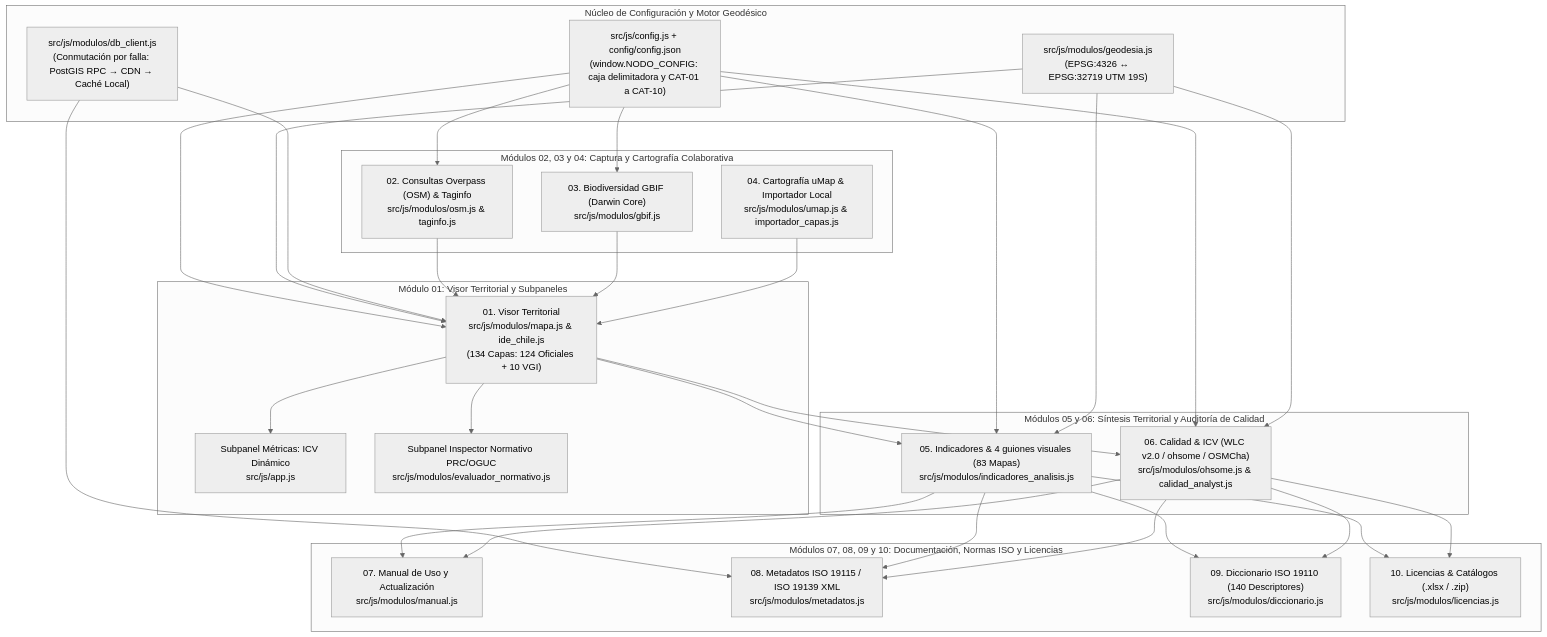
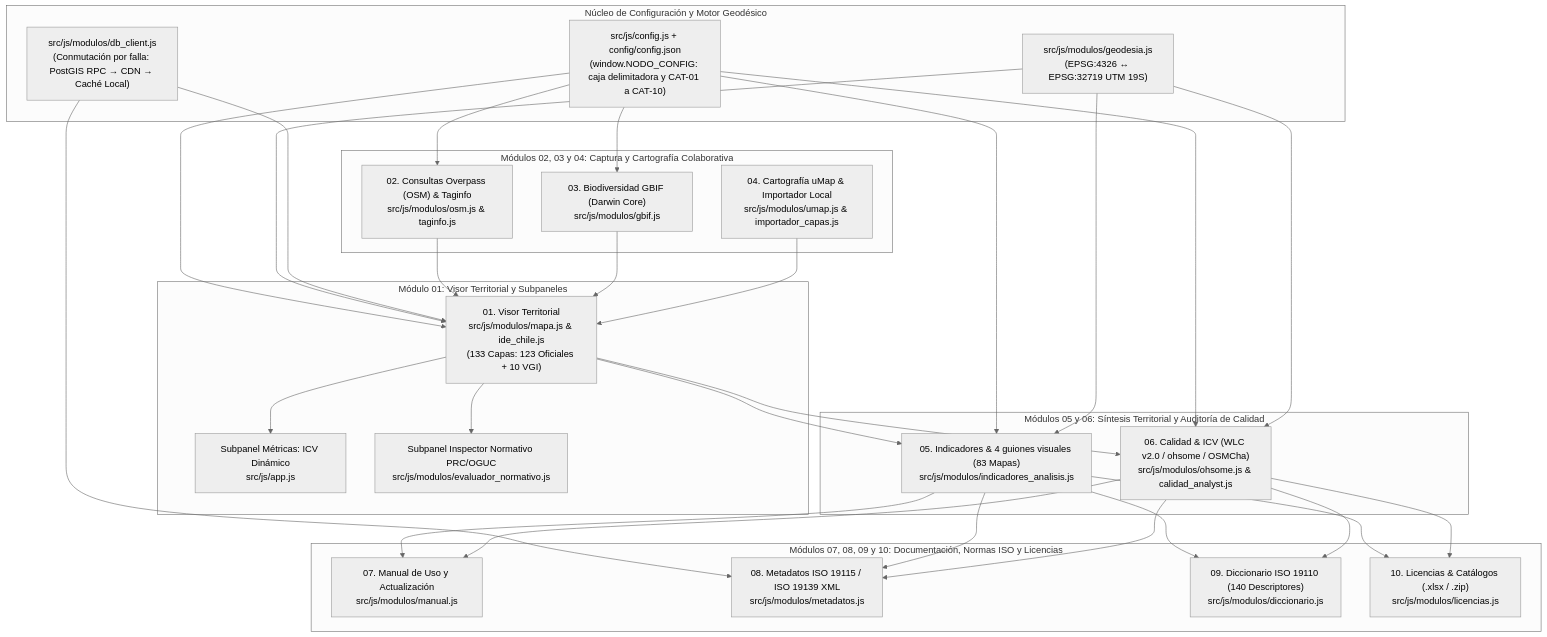
The second of 2 diagrams in README.md (GEOJOTA/atlas-vgi-barrio-brasil), drawn with Mermaid (neutral theme) before and after one commit. The commit also changed other lines of this file and 142 other files, not shown here.

````diff
--- a/README.md
+++ b/README.md
@@ -79,40 +79,40 @@
 ```mermaid
 flowchart TD
     subgraph NUCLEO["Núcleo de Configuración y Motor Geodésico"]
         CFG["src/js/config.js + config/config.json<br/>(window.NODO_CONFIG: caja delimitadora y CAT-01 a CAT-10)"]
         GEO["src/js/modulos/geodesia.js<br/>(EPSG:4326 ↔ EPSG:32719 UTM 19S)"]
         DB["src/js/modulos/db_client.js<br/>(Conmutación por falla: PostGIS RPC → CDN → Caché Local)"]
     end
 
     subgraph VISOR["Módulo 01: Visor Territorial y Subpaneles"]
-        M01["01. Visor Territorial<br/>src/js/modulos/mapa.js & ide_chile.js<br/>(134 Capas: 124 Oficiales + 10 VGI)"]
+        M01["01. Visor Territorial<br/>src/js/modulos/mapa.js & ide_chile.js<br/>(133 Capas: 123 Oficiales + 10 VGI)"]
         ICV["Subpanel Métricas: ICV Dinámico<br/>src/js/app.js"]
         CIN["Subpanel Inspector Normativo PRC/OGUC<br/>src/js/modulos/evaluador_normativo.js"]
     end
 
     subgraph INGESTA["Módulos 02, 03 y 04: Captura y Cartografía Colaborativa"]
         M02["02. Consultas Overpass (OSM) & Taginfo<br/>src/js/modulos/osm.js & taginfo.js"]
         M03["03. Biodiversidad GBIF (Darwin Core)<br/>src/js/modulos/gbif.js"]
         M04["04. Cartografía uMap & Importador Local<br/>src/js/modulos/umap.js & importador_capas.js"]
     end
 
     subgraph ANALISIS["Módulos 05 y 06: Síntesis Territorial y Auditoría de Calidad"]
         M05["05. Indicadores & 4 guiones visuales (83 Mapas)<br/>src/js/modulos/indicadores_analisis.js"]
         M06["06. Calidad & ICV (WLC v2.0 / ohsome / OSMCha)<br/>src/js/modulos/ohsome.js & calidad_analyst.js"]
     end
 
     subgraph GOBERNANZA["Módulos 07, 08, 09 y 10: Documentación, Normas ISO y Licencias"]
         M07["07. Manual de Uso y Actualización<br/>src/js/modulos/manual.js"]
         M08["08. Metadatos ISO 19115 / ISO 19139 XML<br/>src/js/modulos/metadatos.js"]
         M09["09. Diccionario ISO 19110 (140 Descriptores)<br/>src/js/modulos/diccionario.js"]
         M10["10. Licencias & Catálogos (.xlsx / .zip)<br/>src/js/modulos/licencias.js"]
     end
 
     CFG --> M01 & M02 & M03 & M05 & M06
     GEO --> M01 & M05 & M06
     DB --> M01 & M08
     M01 --> ICV & CIN
     M02 & M03 & M04 --> M01
     M01 --> M05 & M06
     M05 & M06 --> M07 & M08 & M09 & M10
 ```
````
